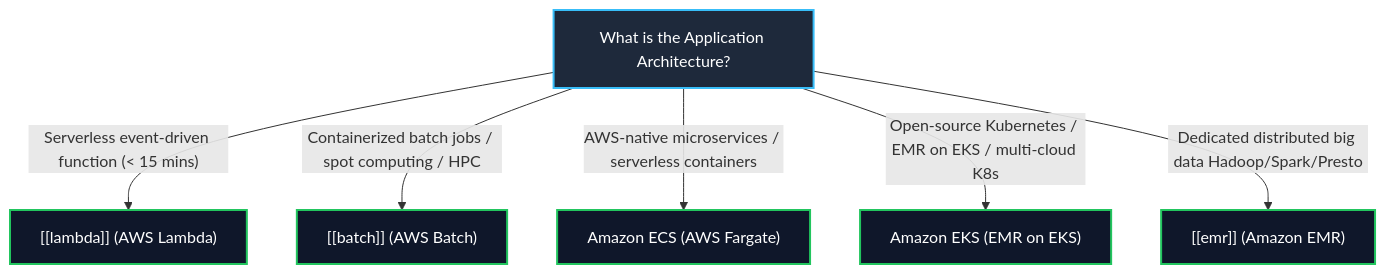
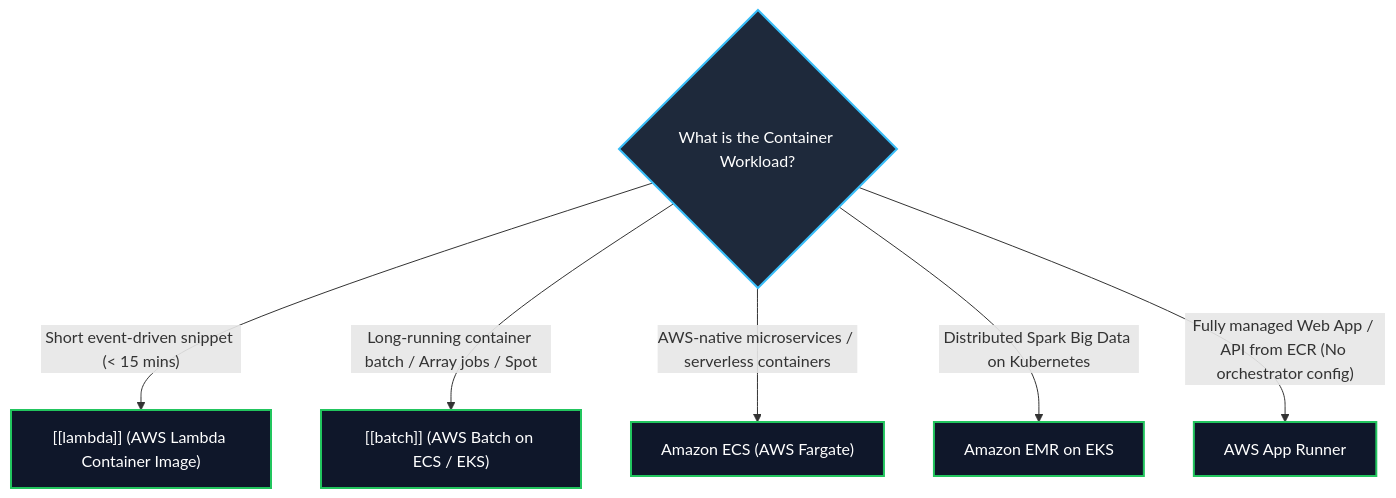
Before and after one commit to Wathon/aws-dea-c01-note: the tenth of 12 diagrams in content/02-services/compute-containers/ecr-ecs-eks.md, drawn with Mermaid. The commit also changed other lines of this file, not shown here.

Commit message:
feat(containers): enrich ECR, ECS, and EKS deep dive with comprehensive architecture, IAM role separation, storage CSI drivers, and EMR on EKS

````diff
--- a/content/02-services/compute-containers/ecr-ecs-eks.md
+++ b/content/02-services/compute-containers/ecr-ecs-eks.md
@@ -298,16 +548,16 @@
 ```mermaid
 graph TD
-    Requirement[What is the Application Architecture?]
-    
-    Requirement -->|"Serverless event-driven function (< 15 mins)"| Lambda["[[lambda]] (AWS Lambda)"]
-    Requirement -->|"Containerized batch jobs / spot computing / HPC"| Batch["[[batch]] (AWS Batch)"]
-    Requirement -->|"AWS-native microservices / serverless containers"| ECS["Amazon ECS (AWS Fargate)"]
-    Requirement -->|"Open-source Kubernetes / EMR on EKS / multi-cloud K8s"| EKS["Amazon EKS (EMR on EKS)"]
-    Requirement -->|"Dedicated distributed big data Hadoop/Spark/Presto"| EMR["[[emr]] (Amazon EMR)"]
+    ContainerNeeds{What is the Container Workload?}
 
-    classDef r fill:#1e293b,stroke:#38bdf8,stroke-width:2px,color:#fff;
-    classDef c fill:#0f172a,stroke:#22c55e,stroke-width:2px,color:#fff;
+    ContainerNeeds -->|"Short event-driven snippet (< 15 mins)"| Lambda["[[lambda]] (AWS Lambda Container Image)"]
+    ContainerNeeds -->|"Long-running container batch / Array jobs / Spot"| Batch["[[batch]] (AWS Batch on ECS / EKS)"]
+    ContainerNeeds -->|"AWS-native microservices / serverless containers"| ECS["Amazon ECS (AWS Fargate)"]
+    ContainerNeeds -->|"Distributed Spark Big Data on Kubernetes"| EMREKS["Amazon EMR on EKS"]
+    ContainerNeeds -->|"Fully managed Web App / API from ECR (No orchestrator config)"| AppRunner["AWS App Runner"]
 
-    class Requirement r;
-    class Lambda,Batch,ECS,EKS,EMR c;
+    classDef dec fill:#1e293b,stroke:#38bdf8,stroke-width:2px,color:#fff;
+    classDef opt fill:#0f172a,stroke:#22c55e,stroke-width:2px,color:#fff;
+
+    class ContainerNeeds dec;
+    class Lambda,Batch,ECS,EMREKS,AppRunner opt;
 ```
````
